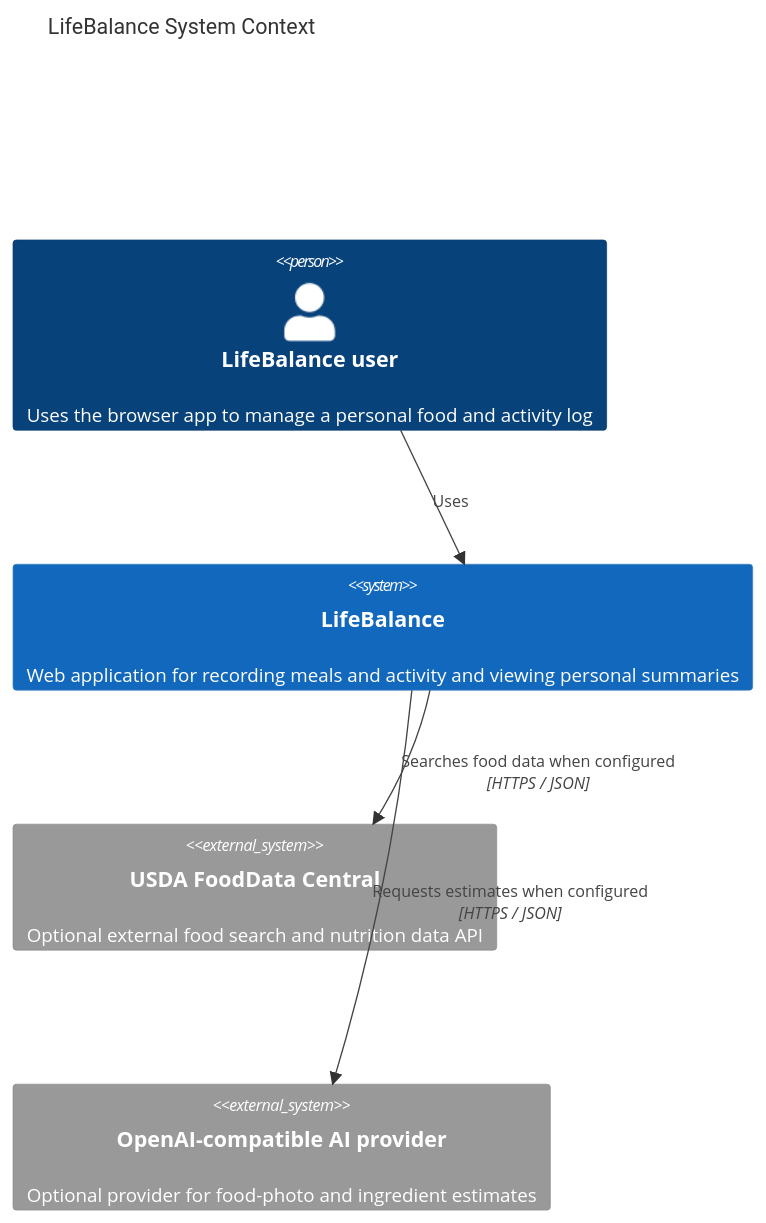
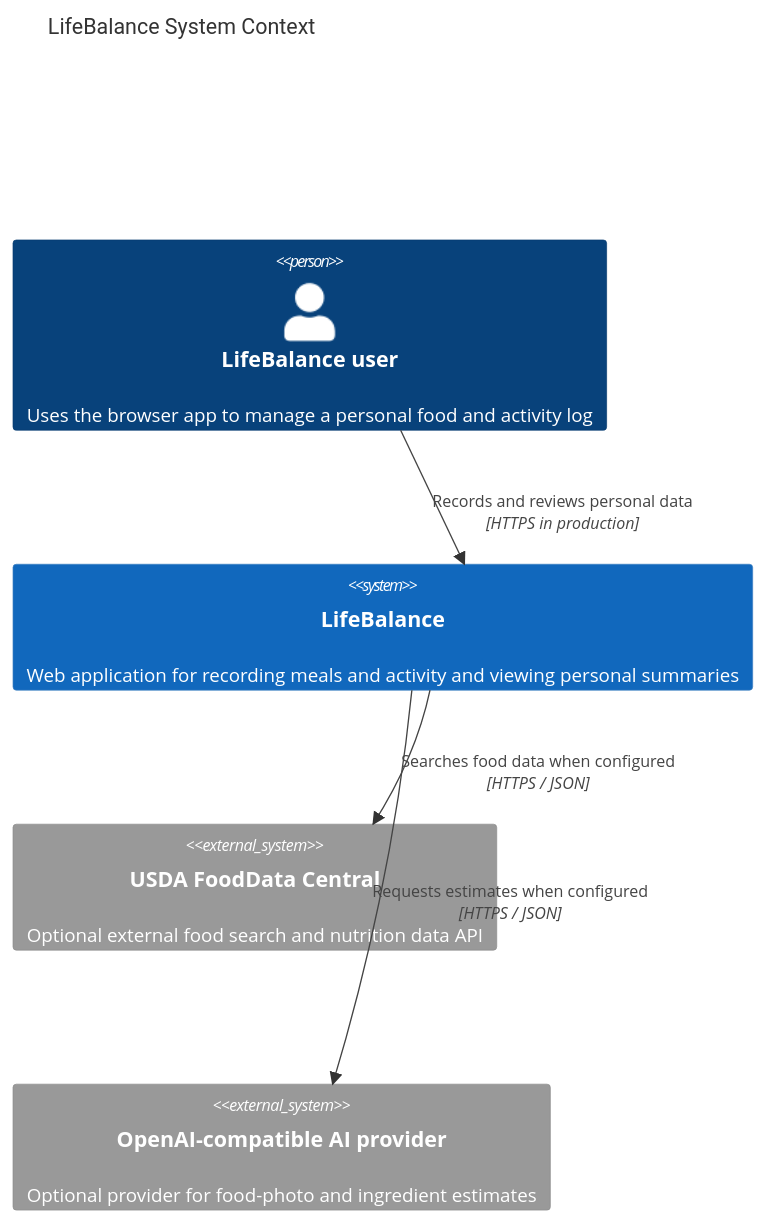
The diagram in docs/architecture/c4-context.md (Software-Engineering-Concepts-2026/se-sec1-team-10), drawn with Mermaid before and after one commit. The commit also changed other lines of this file and 8 other files, not shown here.

Commit message:
docs: align manuals and architecture with current LifeBalance

````diff
--- a/docs/architecture/c4-context.md
+++ b/docs/architecture/c4-context.md
@@ -5,13 +5,13 @@
 ```mermaid
 C4Context
     title LifeBalance System Context
 
     Person(user, "LifeBalance user", "Uses the browser app to manage a personal food and activity log")
     System(lifebalance, "LifeBalance", "Web application for recording meals and activity and viewing personal summaries")
     System_Ext(usda, "USDA FoodData Central", "Optional external food search and nutrition data API")
     System_Ext(ai, "OpenAI-compatible AI provider", "Optional provider for food-photo and ingredient estimates")
 
-    Rel(user, lifebalance, "Uses")
+    Rel(user, lifebalance, "Records and reviews personal data", "HTTPS in production")
     Rel(lifebalance, usda, "Searches food data when configured", "HTTPS / JSON")
     Rel(lifebalance, ai, "Requests estimates when configured", "HTTPS / JSON")
 ```
````
